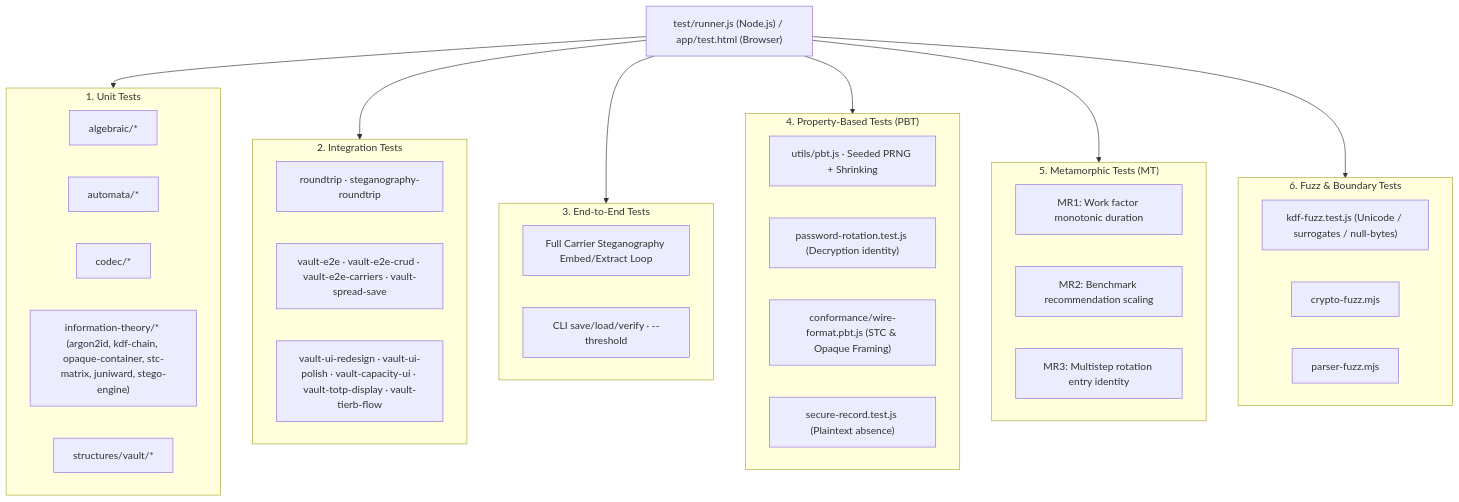
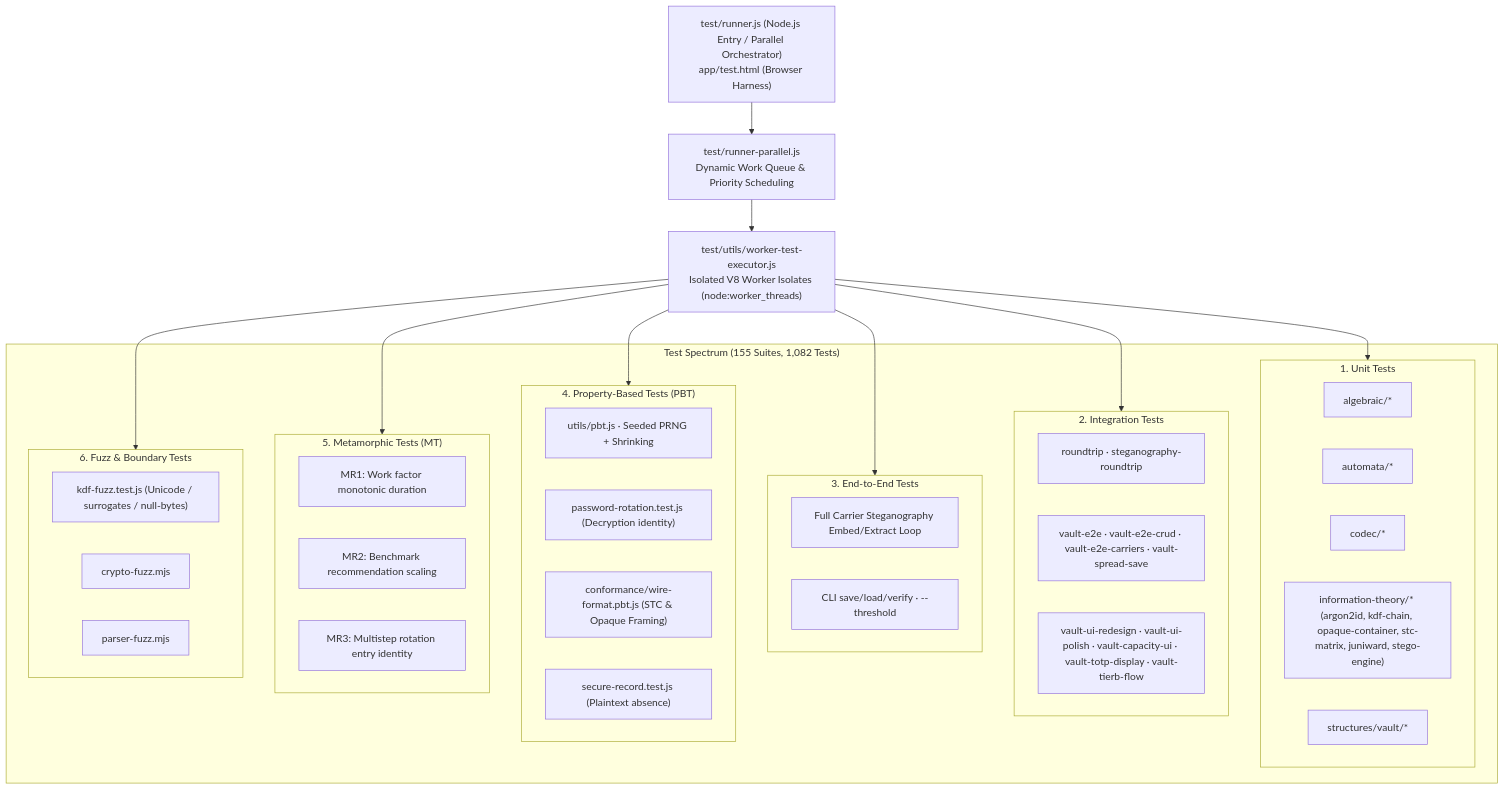
The fifth of 5 diagrams in src/specs/WIREFRAME.md (jessebeard/Ollie), drawn with Mermaid before and after one commit. The commit also changed other lines of this file and 69 other files, not shown here.

````diff
--- a/src/specs/WIREFRAME.md
+++ b/src/specs/WIREFRAME.md
@@ -363,49 +365,56 @@
 ```mermaid
 flowchart TB
-    RUNNER["test/runner.js (Node.js) / app/test.html (Browser)"]
+    RUNNER["test/runner.js (Node.js Entry / Parallel Orchestrator)<br/>app/test.html (Browser Harness)"]
+    PARALLEL["test/runner-parallel.js<br/>Dynamic Work Queue & Priority Scheduling"]
+    WORKER["test/utils/worker-test-executor.js<br/>Isolated V8 Worker Isolates (node:worker_threads)"]
 
-    subgraph UNIT["1. Unit Tests"]
-        ALGT["algebraic/*"]
-        AUTT["automata/*"]
-        CODECT["codec/*"]
-        ITT["information-theory/* (argon2id, kdf-chain, opaque-container, stc-matrix, juniward, stego-engine)"]
-        STRUCTT["structures/vault/*"]
+    RUNNER --> PARALLEL
+    PARALLEL --> WORKER
+
+    subgraph SPECTRUM["Test Spectrum (155 Suites, 1,082 Tests)"]
+        subgraph UNIT["1. Unit Tests"]
+            ALGT["algebraic/*"]
+            AUTT["automata/*"]
+            CODECT["codec/*"]
+            ITT["information-theory/* (argon2id, kdf-chain, opaque-container, stc-matrix, juniward, stego-engine)"]
+            STRUCTT["structures/vault/*"]
+        end
+
+        subgraph INTEG["2. Integration Tests"]
+            ROUND["roundtrip · steganography-roundtrip"]
+            VE2E["vault-e2e · vault-e2e-crud · vault-e2e-carriers · vault-spread-save"]
+            VUIFLOW["vault-ui-redesign · vault-ui-polish · vault-capacity-ui · vault-totp-display · vault-tierb-flow"]
+        end
+
+        subgraph E2E["3. End-to-End Tests"]
+            FULLV["Full Carrier Steganography Embed/Extract Loop"]
+            CLIE2E["CLI save/load/verify · --threshold"]
+        end
+
+        subgraph PBTW["4. Property-Based Tests (PBT)"]
+            HARNESS["utils/pbt.js · Seeded PRNG + Shrinking"]
+            ROTPBT["password-rotation.test.js (Decryption identity)"]
+            WFPBT["conformance/wire-format.pbt.js (STC & Opaque Framing)"]
+            SECPBT["secure-record.test.js (Plaintext absence)"]
+        end
+
+        subgraph MT["5. Metamorphic Tests (MT)"]
+            MR1["MR1: Work factor monotonic duration"]
+            MR2["MR2: Benchmark recommendation scaling"]
+            MR3["MR3: Multistep rotation entry identity"]
+        end
+
+        subgraph FUZZ["6. Fuzz & Boundary Tests"]
+            KDFFUZZ["kdf-fuzz.test.js (Unicode / surrogates / null-bytes)"]
+            CRYPTOFUZZ["crypto-fuzz.mjs"]
+            PARSERFUZZ["parser-fuzz.mjs"]
+        end
     end
 
-    subgraph INTEG["2. Integration Tests"]
-        ROUND["roundtrip · steganography-roundtrip"]
-        VE2E["vault-e2e · vault-e2e-crud · vault-e2e-carriers · vault-spread-save"]
-        VUIFLOW["vault-ui-redesign · vault-ui-polish · vault-capacity-ui · vault-totp-display · vault-tierb-flow"]
-    end
-
-    subgraph E2E["3. End-to-End Tests"]
-        FULLV["Full Carrier Steganography Embed/Extract Loop"]
-        CLIE2E["CLI save/load/verify · --threshold"]
-    end
-
-    subgraph PBTW["4. Property-Based Tests (PBT)"]
-        HARNESS["utils/pbt.js · Seeded PRNG + Shrinking"]
-        ROTPBT["password-rotation.test.js (Decryption identity)"]
-        WFPBT["conformance/wire-format.pbt.js (STC & Opaque Framing)"]
-        SECPBT["secure-record.test.js (Plaintext absence)"]
-    end
-
-    subgraph MT["5. Metamorphic Tests (MT)"]
-        MR1["MR1: Work factor monotonic duration"]
-        MR2["MR2: Benchmark recommendation scaling"]
-        MR3["MR3: Multistep rotation entry identity"]
-    end
-
-    subgraph FUZZ["6. Fuzz & Boundary Tests"]
-        KDFFUZZ["kdf-fuzz.test.js (Unicode / surrogates / null-bytes)"]
-        CRYPTOFUZZ["crypto-fuzz.mjs"]
-        PARSERFUZZ["parser-fuzz.mjs"]
-    end
-
-    RUNNER --> UNIT
-    RUNNER --> INTEG
-    RUNNER --> E2E
-    RUNNER --> PBTW
-    RUNNER --> MT
-    RUNNER --> FUZZ
+    WORKER --> UNIT
+    WORKER --> INTEG
+    WORKER --> E2E
+    WORKER --> PBTW
+    WORKER --> MT
+    WORKER --> FUZZ
 ```
````
